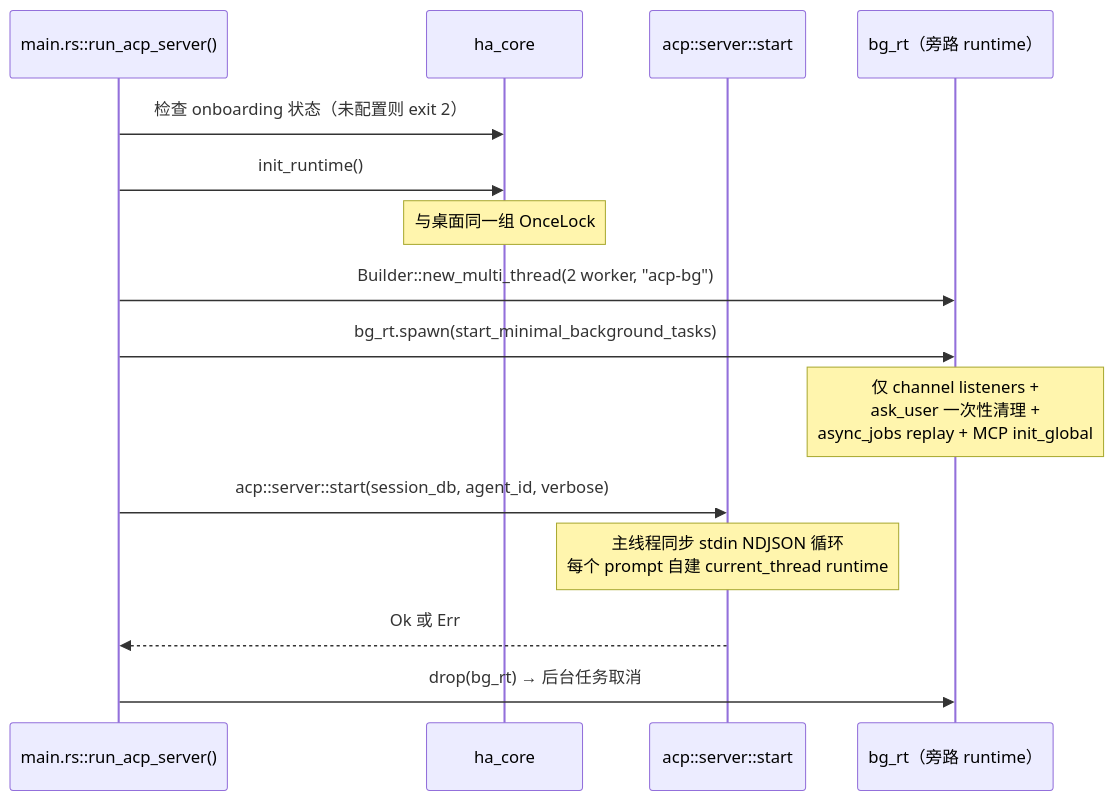
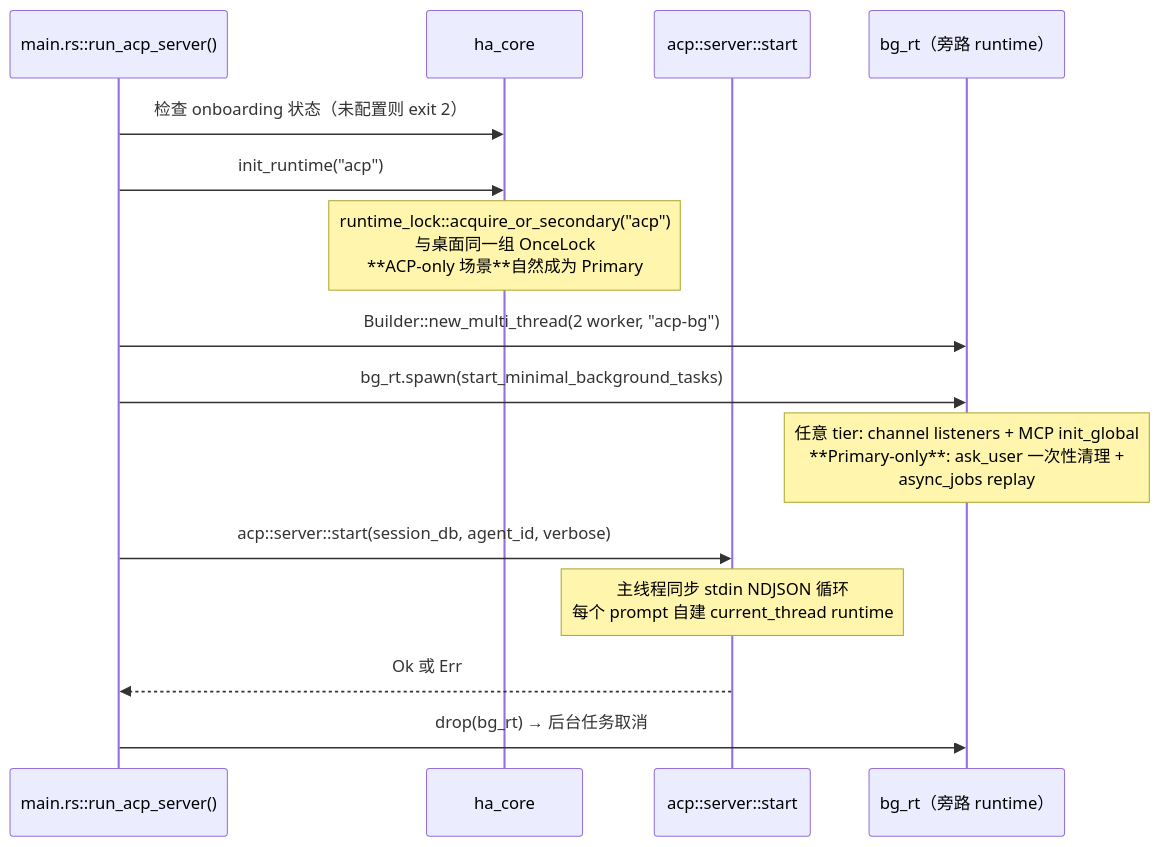
One commit to shiwenwen/hope-agent changed the seventh of 9 diagrams in docs/architecture/backend-separation.md. Above: the diagram before and after it, drawn with Mermaid. The commit also changed other lines of this file and 3 other files, not shown here.

First line of the commit message:
docs: document Primary/Secondary tiering + multi-process safety

````diff
--- a/docs/architecture/backend-separation.md
+++ b/docs/architecture/backend-separation.md
@@ -338,18 +338,18 @@
 ```mermaid
 sequenceDiagram
     participant Main as main.rs::run_acp_server()
     participant Core as ha_core
     participant ACP as acp::server::start
     participant BgRt as bg_rt（旁路 runtime）
 
     Main->>Core: 检查 onboarding 状态（未配置则 exit 2）
-    Main->>Core: init_runtime()
-    Note over Core: 与桌面同一组 OnceLock
+    Main->>Core: init_runtime("acp")
+    Note over Core: runtime_lock::acquire_or_secondary("acp")<br/>与桌面同一组 OnceLock<br/>**ACP-only 场景**自然成为 Primary
     Main->>BgRt: Builder::new_multi_thread(2 worker, "acp-bg")
     Main->>BgRt: bg_rt.spawn(start_minimal_background_tasks)
-    Note over BgRt: 仅 channel listeners +<br/>ask_user 一次性清理 +<br/>async_jobs replay + MCP init_global
+    Note over BgRt: 任意 tier: channel listeners + MCP init_global<br/>**Primary-only**: ask_user 一次性清理 +<br/>async_jobs replay
     Main->>ACP: acp::server::start(session_db, agent_id, verbose)
     Note over ACP: 主线程同步 stdin NDJSON 循环<br/>每个 prompt 自建 current_thread runtime
     ACP-->>Main: Ok 或 Err
     Main->>BgRt: drop(bg_rt) → 后台任务取消
 ```
````
